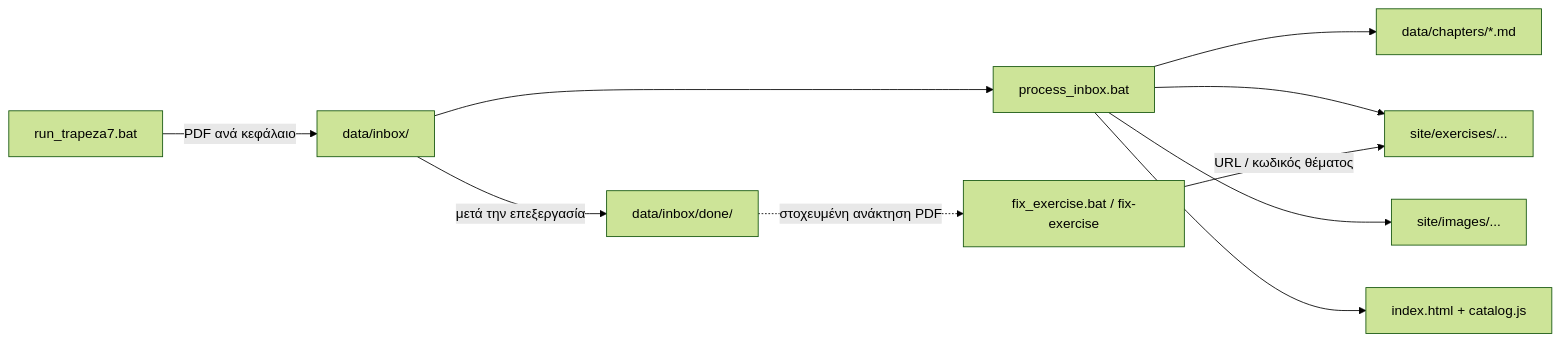
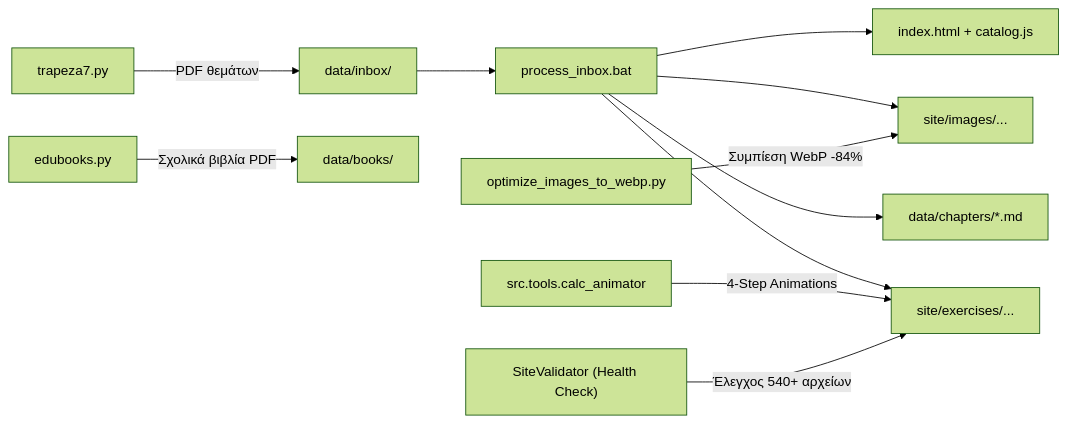
The diagram in README.md (4gnosin/agent1), drawn with Mermaid (forest theme) before and after one commit. The commit also changed other lines of this file and 2479 other files, not shown here.

````diff
--- a/README.md
+++ b/README.md
@@ -26,12 +58,13 @@
 ```mermaid
 flowchart LR
-    A["run_trapeza7.bat"] -->|"PDF ανά κεφάλαιο"| B["data/inbox/"]
+    A["trapeza7.py"] -->|"PDF θεμάτων"| B["data/inbox/"]
+    EBOOK["edubooks.py"] -->|"Σχολικά βιβλία PDF"| BOOKS["data/books/"]
     B --> C["process_inbox.bat"]
     C --> D["data/chapters/*.md"]
     C --> E["site/exercises/..."]
     C --> F["site/images/..."]
+    OPT["optimize_images_to_webp.py"] -->|"Συμπίεση WebP -84%"| F
+    ANIM["src.tools.calc_animator"] -->|"4-Step Animations"| E
     C --> G["index.html + catalog.js"]
-    B -->|"μετά την επεξεργασία"| H["data/inbox/done/"]
-    I["fix_exercise.bat / fix-exercise"] -->|"URL / κωδικός θέματος"| E
-    H -.->|"στοχευμένη ανάκτηση PDF"| I
+    VAL["SiteValidator (Health Check)"] -->|"Έλεγχος 540+ αρχείων"| E
 ```
````
